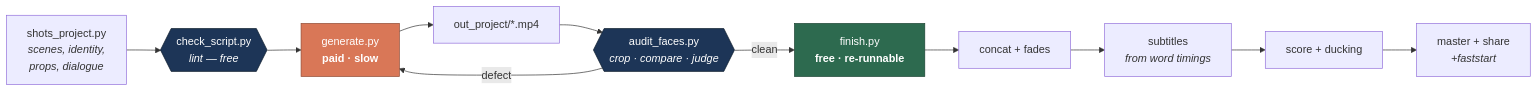
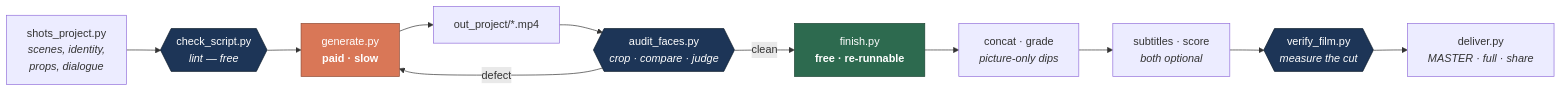
The diagram in README.md (KeWang0622/ai-film), drawn with Mermaid before and after one commit. The commit also changed other lines of this file and 16 other files, not shown here.

````diff
--- a/README.md
+++ b/README.md
@@ -85,18 +92,19 @@
 ```mermaid
 flowchart LR
     A["shots_project.py<br/><i>scenes, identity,<br/>props, dialogue</i>"] --> B{{"check_script.py<br/><i>lint — free</i>"}}
     B --> C["generate.py<br/><b>paid · slow</b>"]
     C --> D["out_project/*.mp4"]
     D --> E{{"audit_faces.py<br/><i>crop · compare · judge</i>"}}
     E -->|defect| C
     E -->|clean| F["finish.py<br/><b>free · re-runnable</b>"]
-    F --> G["concat + fades"]
-    G --> H["subtitles<br/><i>from word timings</i>"]
-    H --> I["score + ducking"]
-    I --> J["master + share<br/><i>+faststart</i>"]
+    F --> G["concat · grade<br/><i>picture-only dips</i>"]
+    G --> H["subtitles · score<br/><i>both optional</i>"]
+    H --> V{{"verify_film.py<br/><i>measure the cut</i>"}}
+    V --> J["deliver.py<br/><i>MASTER · full · share</i>"]
 
     style C fill:#D97757,stroke:#8f4a33,color:#fff
     style F fill:#2d6a4f,stroke:#1b4332,color:#fff
     style E fill:#1d3557,stroke:#0d1b2a,color:#fff
     style B fill:#1d3557,stroke:#0d1b2a,color:#fff
+    style V fill:#1d3557,stroke:#0d1b2a,color:#fff
 ```
````
